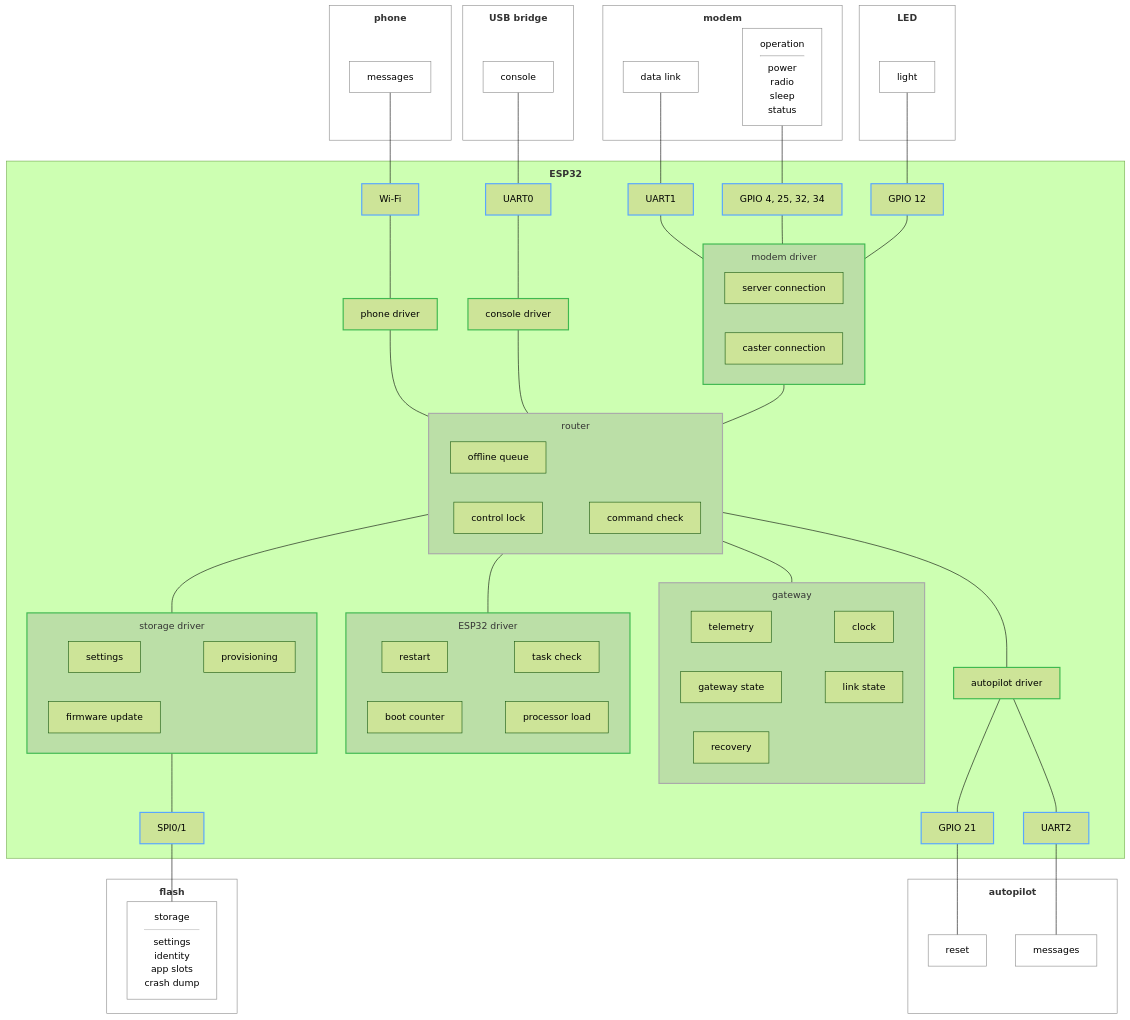
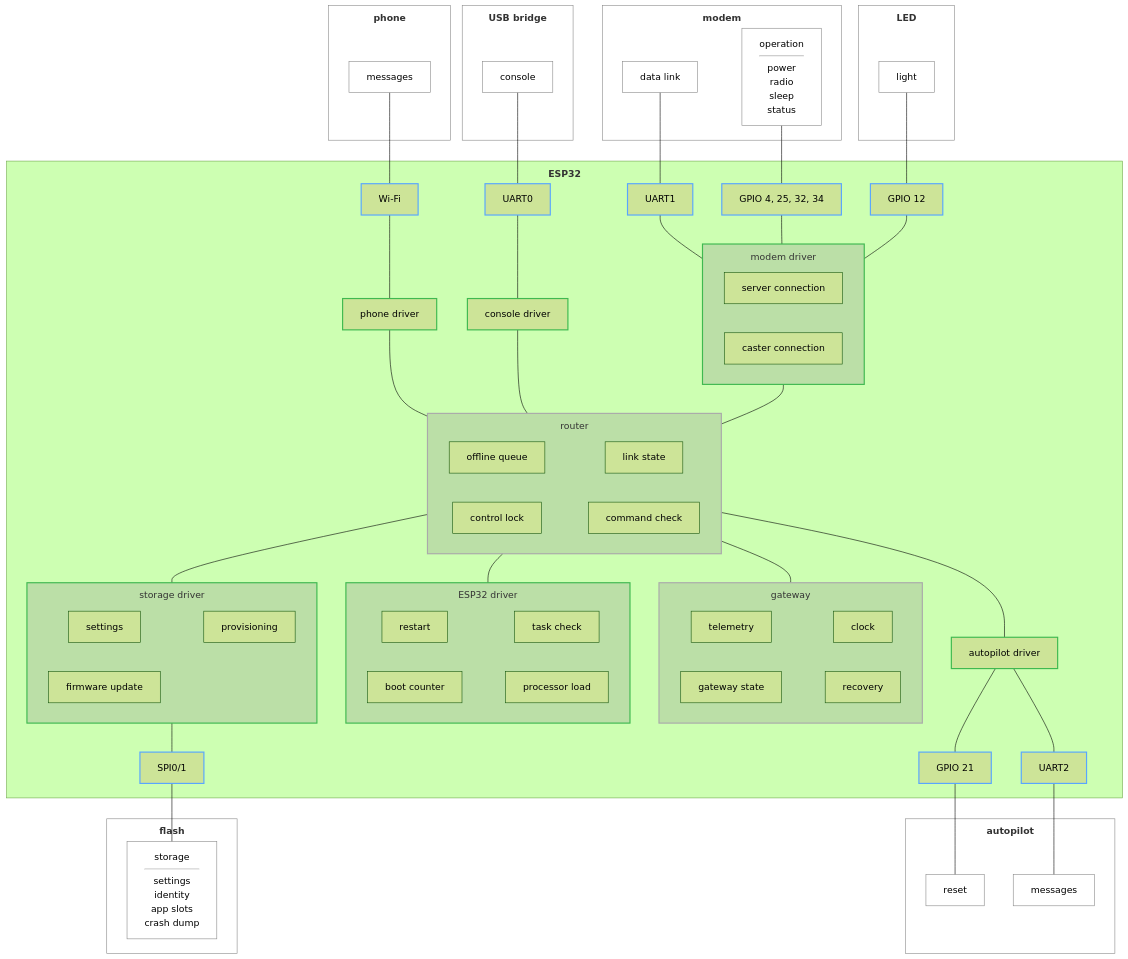
One commit to rmx-lt/rmx-mower-gateway changed the diagram in .esp-architecture/diagrams/block-draft.md. Above: the diagram before and after it, drawn with Mermaid (forest theme).

Commit message:
Draft: link state inside the router

````diff
--- a/.esp-architecture/diagrams/block-draft.md
+++ b/.esp-architecture/diagrams/block-draft.md
@@ -41,20 +41,17 @@
       lock["control lock"]
       chk["command check"]
       q["offline queue"]
-      p1[" "]
-      q ~~~ p1
+      ls["link state"]
+      q ~~~ ls
       lock ~~~ chk
     end
     subgraph gw["gateway"]
       tel["telemetry"]
       state["gateway state"]
       clk["clock"]
-      ls["link state"]
       rec["recovery"]
       tel ~~~ clk
-      state ~~~ ls
-      p3[" "]
-      rec ~~~ p3
+      state ~~~ rec
     end
     subgraph esp["ESP32 driver"]
       rst["restart"]
@@ -107,7 +104,7 @@
   classDef ownerdriver fill:#8884,stroke:#3fb950,stroke-width:2px
   class conn,fs,esp ownerdriver
   classDef pad fill:none,stroke:none
-  class p1,p2,p3 pad
+  class p2 pad
   classDef device fill:none,stroke:#888
   class modem,mdata,mctl,led,lparts,ap,amsg,areset,ph,pparts,usb,uparts,fl,fparts device
 ```
````
